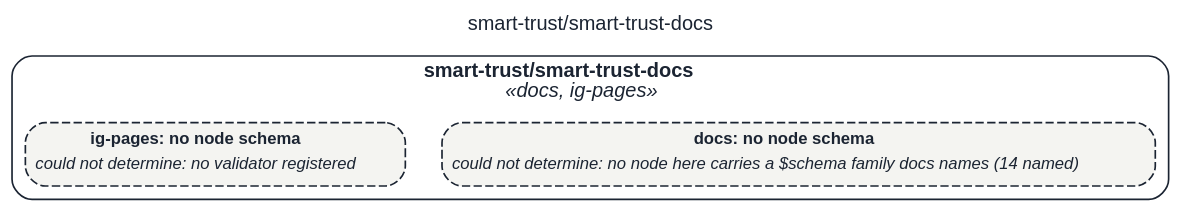
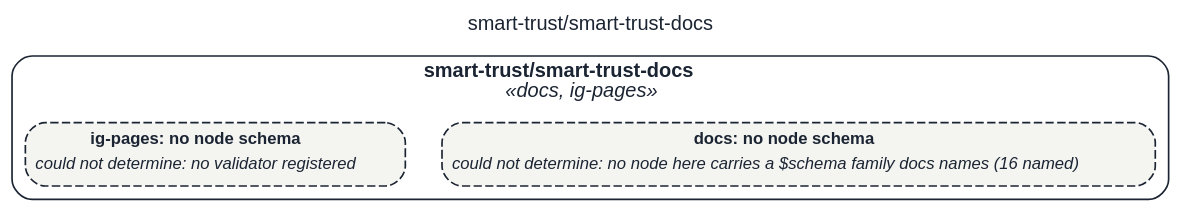
Before and after one commit to litlfred/smart-ra: the diagram in assets/img/uml/overview/smart-trust/smart-trust-docs.dot, drawn with Graphviz. The commit also changed 5992 other files, not shown here.

```diff
--- a/assets/img/uml/overview/smart-trust/smart-trust-docs.dot
+++ b/assets/img/uml/overview/smart-trust/smart-trust-docs.dot
@@ -1,12 +1,12 @@
 // GENERATED by cat-harness-tools/scripts/gen-uml-overview.ts — do not edit.
 // Rendered page (interactive view, same model): https://litlfred.github.io/folio-assistant/uml/overview/smart-trust/smart-trust-docs.html
 digraph "smart_trust_smart_trust_docs" {
   graph [label="smart-trust/smart-trust-docs", labelloc=t, fontname="Helvetica", fontsize=12, fontcolor="#1b2432", newrank=true, ratio=auto, nodesep=0.3, ranksep=0.5, bgcolor="transparent"];
   node [shape=box, style="rounded,filled", margin=0.05, fontname="Helvetica", fontsize=10, color="#1b2432", fontcolor="#1b2432"];
   edge [color="#1b2432", fontcolor="#1b2432", fontname="Helvetica", fontsize=9];
   subgraph "cluster_pkg_smart_trust_smart_trust_docs" {
     label=<<b>smart-trust/smart-trust-docs</b><br/><i>«docs, ig-pages»</i>>; style="rounded"; color="#1b2432"; class="fa_uml_subgraph";
-    "n_smart_trust_smart_trust_docs_docs" [style="rounded,filled,dashed", fillcolor="#f4f4f1", class="fa_uml_kind_docs fa_uml_undetermined", label=<<table border="0" cellborder="0" cellspacing="0" cellpadding="2"><tr><td><b>docs: no node schema</b></td></tr><tr><td align="left"><i>could not determine: no node here carries a $schema family docs names (14 named)</i></td></tr></table>>];
+    "n_smart_trust_smart_trust_docs_docs" [style="rounded,filled,dashed", fillcolor="#f4f4f1", class="fa_uml_kind_docs fa_uml_undetermined", label=<<table border="0" cellborder="0" cellspacing="0" cellpadding="2"><tr><td><b>docs: no node schema</b></td></tr><tr><td align="left"><i>could not determine: no node here carries a $schema family docs names (16 named)</i></td></tr></table>>];
     "n_smart_trust_smart_trust_docs_ig_pages" [style="rounded,filled,dashed", fillcolor="#f4f4f1", class="fa_uml_kind_ig_pages fa_uml_undetermined", label=<<table border="0" cellborder="0" cellspacing="0" cellpadding="2"><tr><td><b>ig-pages: no node schema</b></td></tr><tr><td align="left"><i>could not determine: no validator registered</i></td></tr></table>>];
   }
 }
```
